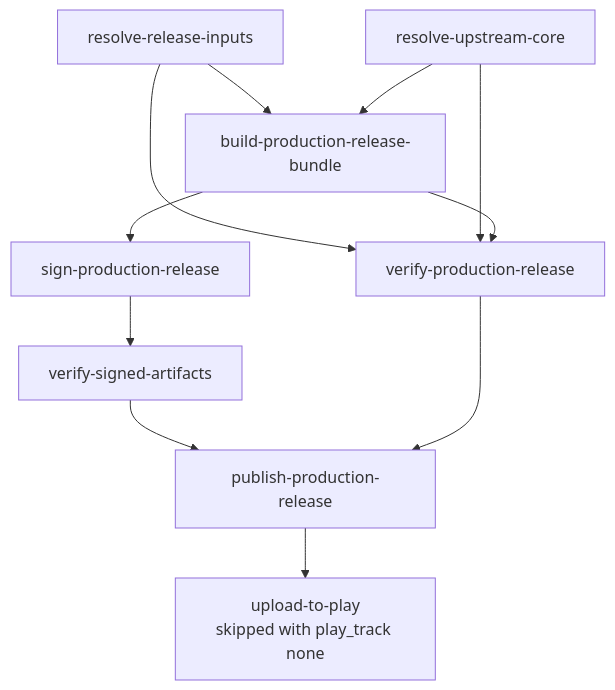
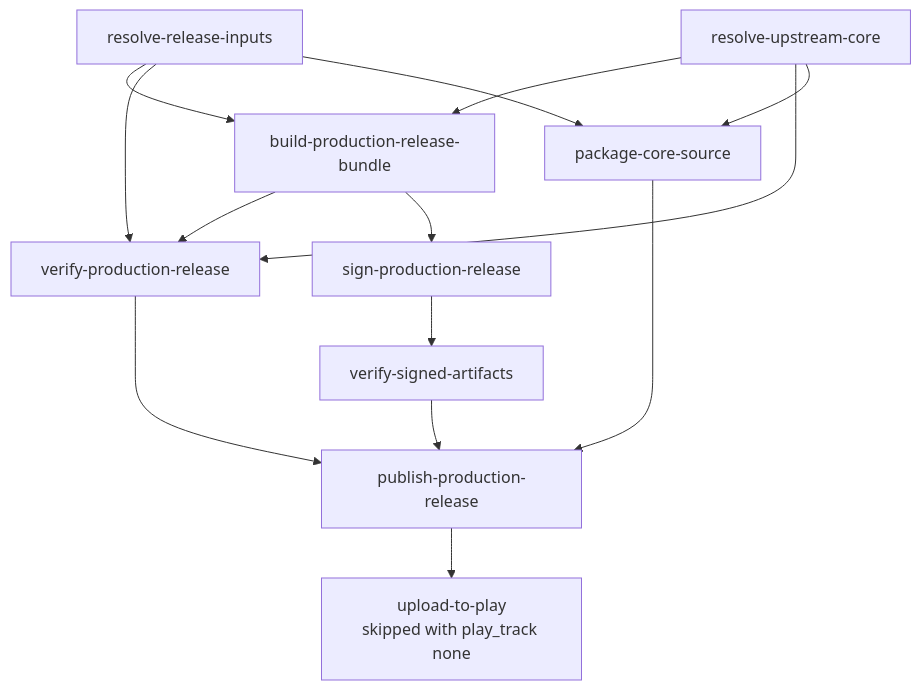
The diagram in android/docs/dev/12-cutting-a-release.md (ppigazzini/r47zen), drawn with Mermaid before and after one commit. The commit also changed 8 other files, not shown here.

````diff
--- a/android/docs/dev/12-cutting-a-release.md
+++ b/android/docs/dev/12-cutting-a-release.md
@@ -88,20 +88,24 @@
 ```mermaid
 flowchart TD
   A[resolve-release-inputs]
   B[resolve-upstream-core]
   C[build-production-release-bundle]
   D[verify-production-release]
   E[sign-production-release]
   F[verify-signed-artifacts]
   G[publish-production-release]
   H[upload-to-play<br/>skipped with play_track none]
+  S[package-core-source]
 
   A --> C
   B --> C
   A --> D
   B --> D
   C --> D
   C --> E --> F --> G
+  A --> S
+  B --> S
+  S --> G
   D --> G
   G --> H
 ```
````
